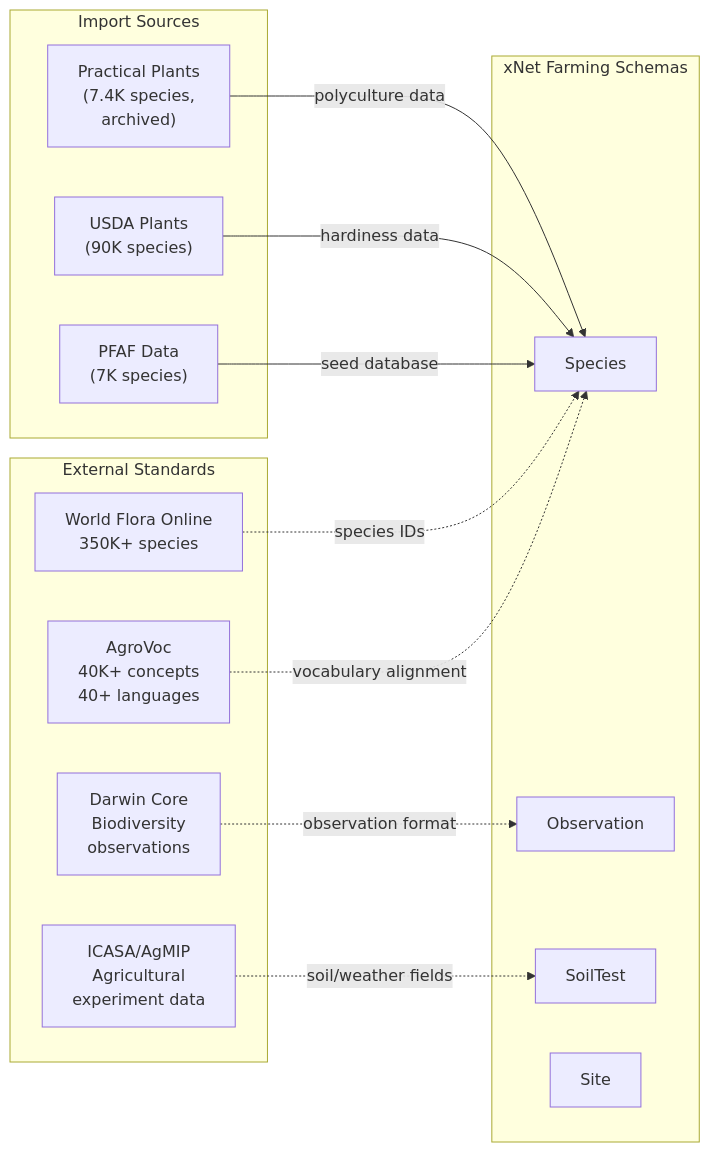
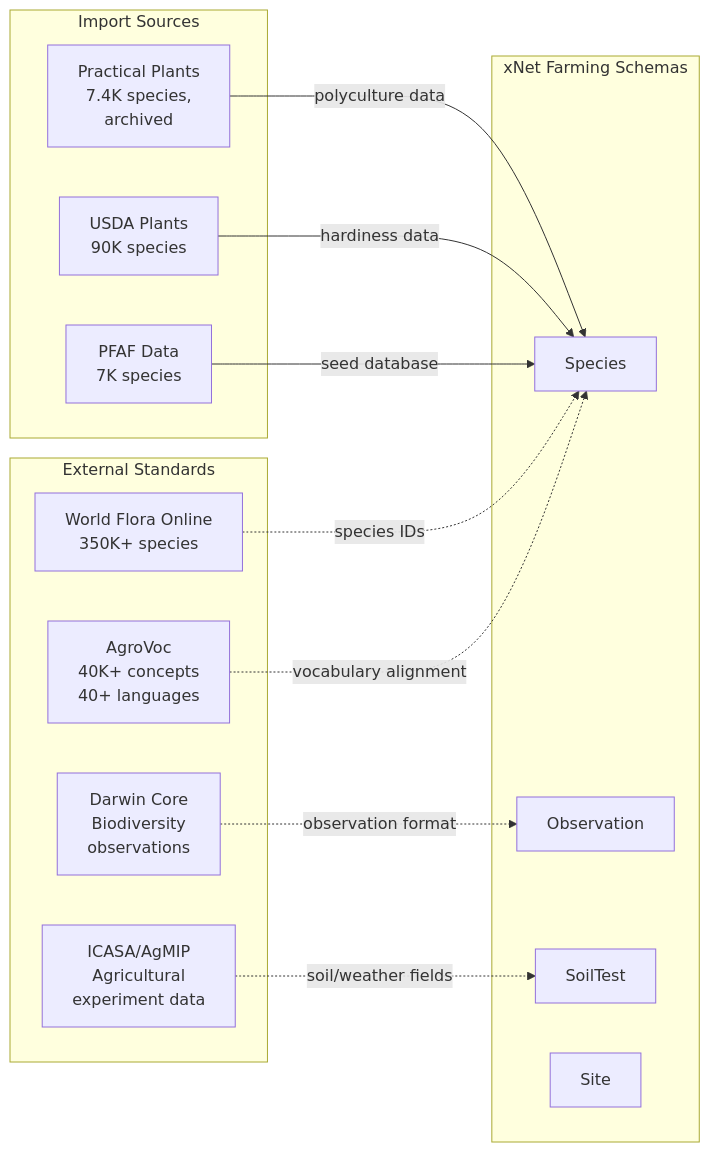
Before and after one commit to crs48/xNet: the ninth of 9 diagrams in docs/explorations/REGENERATIVE_FARMING_ERP.md, drawn with Mermaid. The commit also changed other lines of this file and 21 other files, not shown here.

First line of the commit message:
Fix Mermaid parse errors: remove parentheses in flowchart node labels after <br/> tags

````diff
--- a/docs/explorations/REGENERATIVE_FARMING_ERP.md
+++ b/docs/explorations/REGENERATIVE_FARMING_ERP.md
@@ -783,31 +783,31 @@
 ```mermaid
 flowchart LR
     subgraph "External Standards"
         AGROVOC["AgroVoc<br/>40K+ concepts<br/>40+ languages"]
         DARWIN["Darwin Core<br/>Biodiversity<br/>observations"]
         ICASA["ICASA/AgMIP<br/>Agricultural<br/>experiment data"]
         WFO["World Flora Online<br/>350K+ species"]
     end
 
     subgraph "xNet Farming Schemas"
         SP[Species]
         OBS[Observation]
         SOIL[SoilTest]
         SITE[Site]
     end
 
     AGROVOC -.->|"vocabulary alignment"| SP
     DARWIN -.->|"observation format"| OBS
     ICASA -.->|"soil/weather fields"| SOIL
     WFO -.->|"species IDs"| SP
 
     subgraph "Import Sources"
-        PFAF_DATA["PFAF Data<br/>(7K species)"]
-        USDA["USDA Plants<br/>(90K species)"]
-        PP["Practical Plants<br/>(7.4K species,<br/>archived)"]
+        PFAF_DATA["PFAF Data<br/>7K species"]
+        USDA["USDA Plants<br/>90K species"]
+        PP["Practical Plants<br/>7.4K species,<br/>archived"]
     end
 
     PFAF_DATA -->|"seed database"| SP
     USDA -->|"hardiness data"| SP
     PP -->|"polyculture data"| SP
 ```
````
